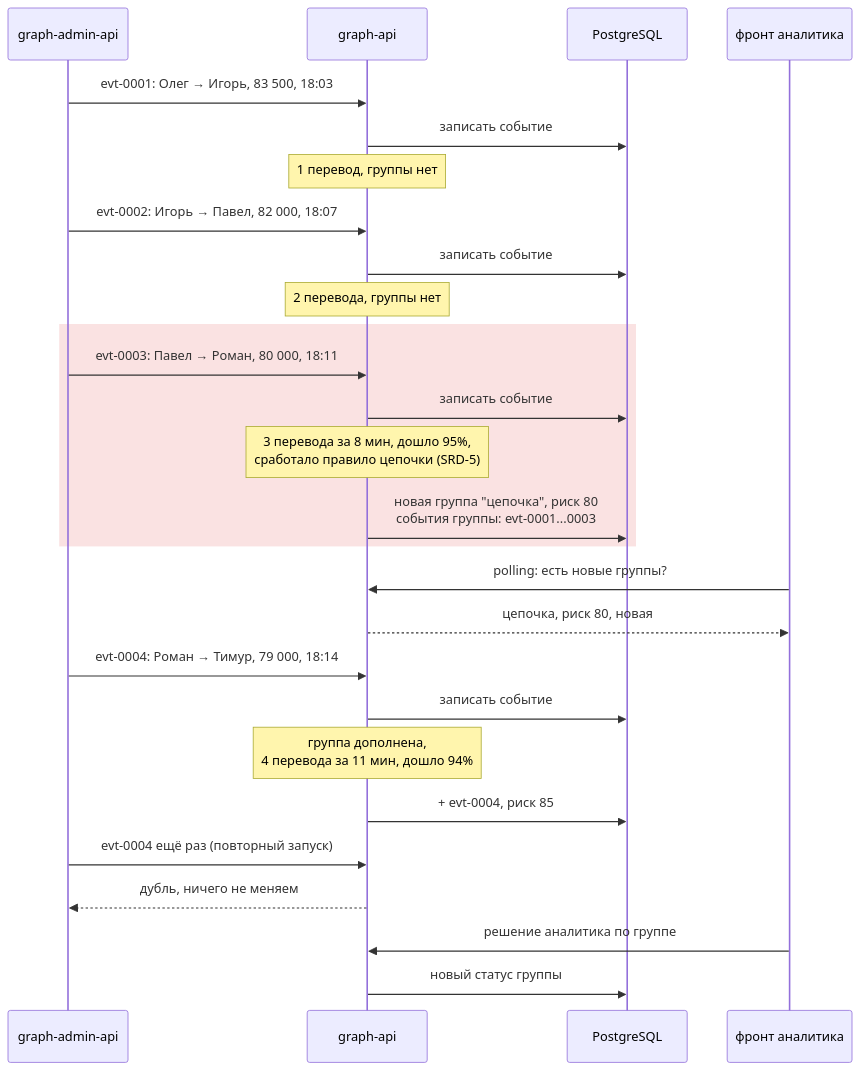
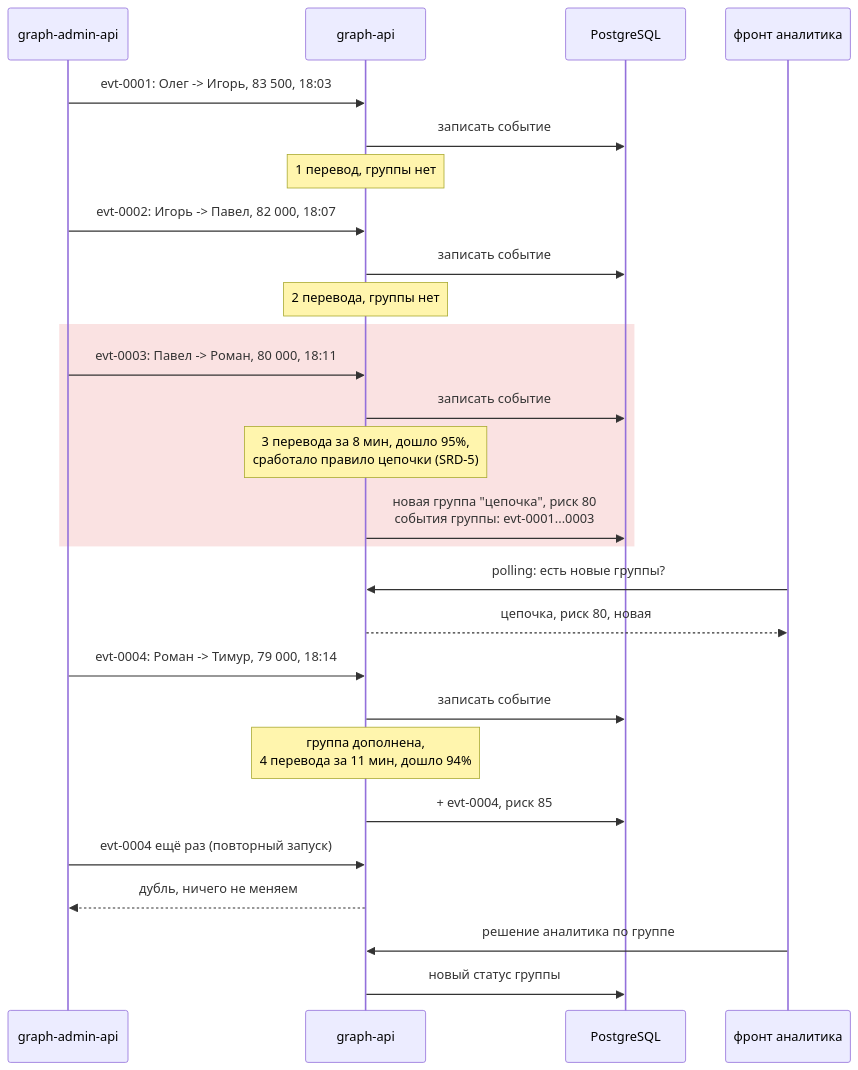
One commit to feytox/shugraph changed the second of 3 diagrams in docs/data-flow.md. Above: the diagram before and after it, drawn with Mermaid. The commit also changed other lines of this file, not shown here.

Commit message:
[GSD-12] docs: clarify data flow diagrams after review

````diff
--- a/docs/data-flow.md
+++ b/docs/data-flow.md
@@ -51,35 +52,35 @@
 ```mermaid
 sequenceDiagram
     participant ADM as graph-admin-api
     participant API as graph-api
     participant DB as PostgreSQL
     participant FR as фронт аналитика
 
-    ADM->>API: evt-0001: Олег → Игорь, 83 500, 18:03
+    ADM->>API: evt-0001: Олег -> Игорь, 83 500, 18:03
     API->>DB: записать событие
     Note over API: 1 перевод, группы нет
-    ADM->>API: evt-0002: Игорь → Павел, 82 000, 18:07
+    ADM->>API: evt-0002: Игорь -> Павел, 82 000, 18:07
     API->>DB: записать событие
     Note over API: 2 перевода, группы нет
 
     rect rgba(220, 60, 60, 0.15)
-    ADM->>API: evt-0003: Павел → Роман, 80 000, 18:11
+    ADM->>API: evt-0003: Павел -> Роман, 80 000, 18:11
     API->>DB: записать событие
     Note over API: 3 перевода за 8 мин, дошло 95%,<br/>сработало правило цепочки (SRD-5)
     API->>DB: новая группа "цепочка", риск 80<br/>события группы: evt-0001...0003
     end
 
     FR->>API: polling: есть новые группы?
     API-->>FR: цепочка, риск 80, новая
 
-    ADM->>API: evt-0004: Роман → Тимур, 79 000, 18:14
+    ADM->>API: evt-0004: Роман -> Тимур, 79 000, 18:14
     API->>DB: записать событие
     Note over API: группа дополнена,<br/>4 перевода за 11 мин, дошло 94%
     API->>DB: + evt-0004, риск 85
 
     ADM->>API: evt-0004 ещё раз (повторный запуск)
     API-->>ADM: дубль, ничего не меняем
 
     FR->>API: решение аналитика по группе
     API->>DB: новый статус группы
 ```
````
